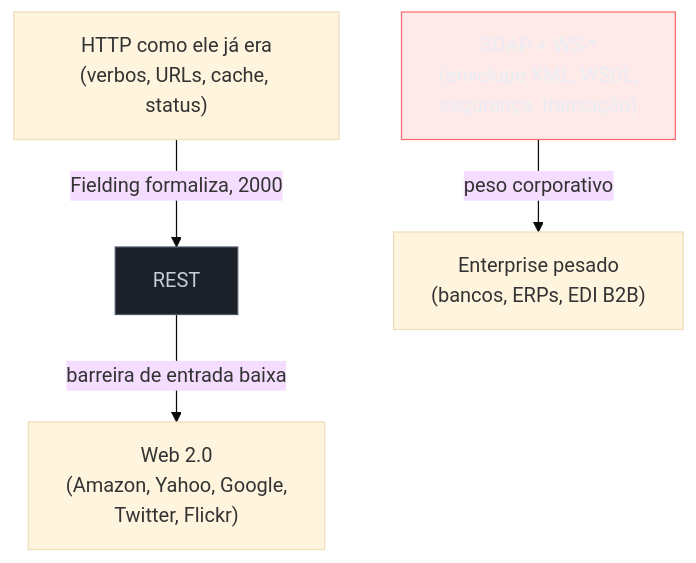
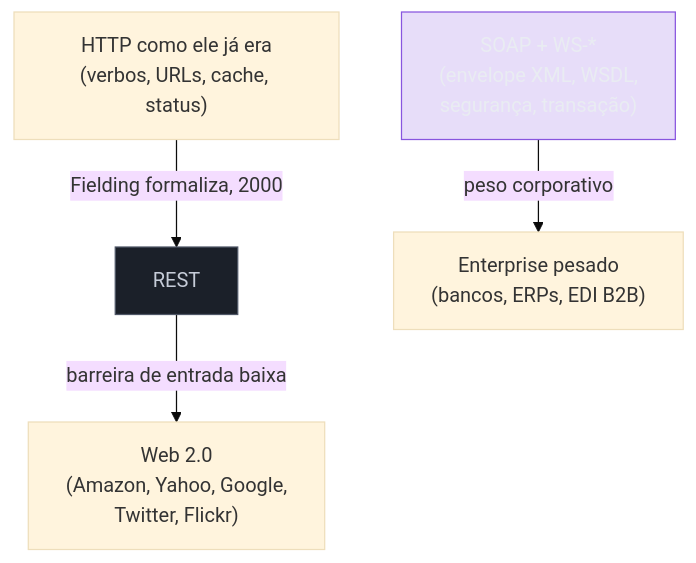
The first of 2 diagrams in 03-Dominios/Engenharia/Comunicação entre Sistemas/1 - Panorama e decisão/03 - A era REST, GraphQL, gRPC.md (josenaldo/codex-technomanticus), drawn with Mermaid (base theme) before and after one commit. The commit also changed 601 other files, not shown here.

````diff
--- a/03-Dominios/Engenharia/Comunicação entre Sistemas/1 - Panorama e decisão/03 - A era REST, GraphQL, gRPC.md
+++ b/03-Dominios/Engenharia/Comunicação entre Sistemas/1 - Panorama e decisão/03 - A era REST, GraphQL, gRPC.md
@@ -40,10 +40,10 @@
 ```mermaid
 graph TD
+    classDef marca fill:#8855DF33,stroke:#8855DF,color:#E9ECF2
     classDef neutro fill:#1B2029,stroke:#4E5666,color:#C6CCD8
-    classDef falha fill:#FF6B6B24,stroke:#FF6B6B,color:#E9ECF2
     HTTP["HTTP como ele já era<br/>(verbos, URLs, cache, status)"] -->|"Fielding formaliza, 2000"| REST["REST"]
     SOAP["SOAP + WS-*<br/>(envelope XML, WSDL,<br/>segurança, transação)"] -->|"peso corporativo"| ENTERPRISE["Enterprise pesado<br/>(bancos, ERPs, EDI B2B)"]
     REST -->|"barreira de entrada baixa"| WEB2["Web 2.0<br/>(Amazon, Yahoo, Google,<br/>Twitter, Flickr)"]
     class REST neutro
-    class SOAP falha
+    class SOAP marca
 ```
````
